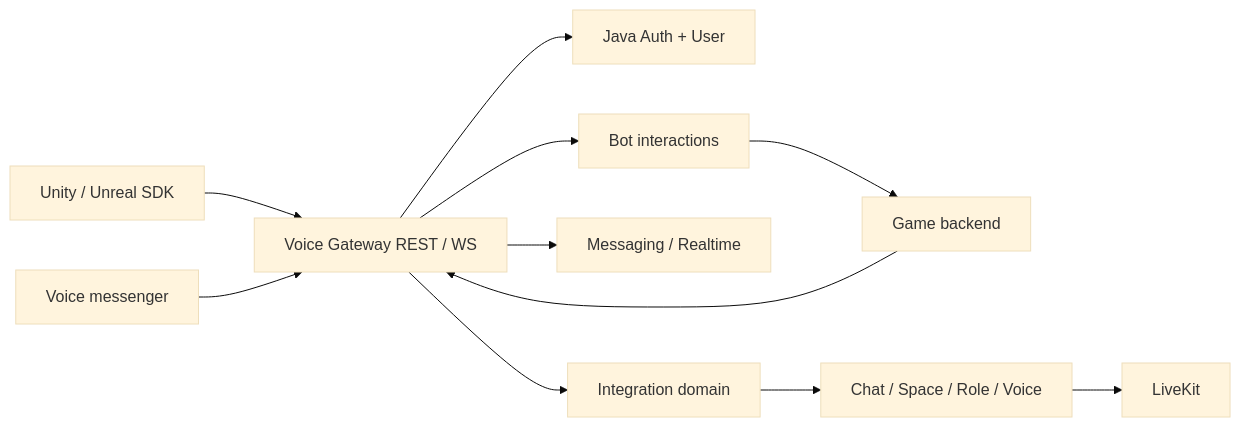
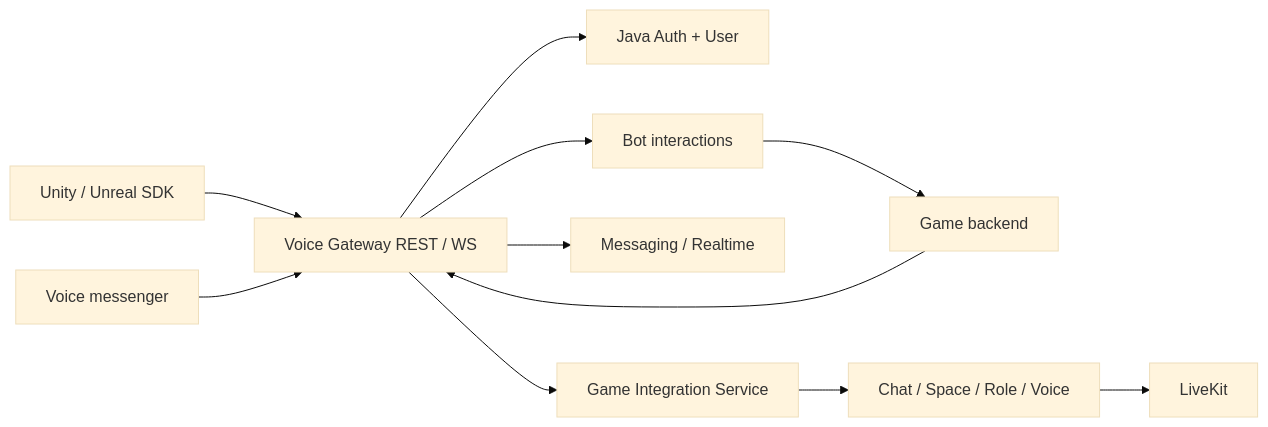
Before and after one commit to Poryadok/VoiceRoot: the diagram in docs/architecture/game-integration-api.md, drawn with Mermaid (base theme). The commit also changed other lines of this file and 1 other file, not shown here.

Commit message:
Record dedicated Game Integration Service decision

````diff
--- a/docs/architecture/game-integration-api.md
+++ b/docs/architecture/game-integration-api.md
@@ -10,13 +10,13 @@
 ```mermaid
 flowchart LR
   Engine[Unity / Unreal SDK] --> Edge[Voice Gateway REST / WS]
   Game[Game backend] --> Edge
   Messenger[Voice messenger] --> Edge
   Edge --> Auth[Java Auth + User]
-  Edge --> Integration[Integration domain]
+  Edge --> Integration[Game Integration Service]
   Integration --> Domains[Chat / Space / Role / Voice]
   Edge --> Messaging[Messaging / Realtime]
   Edge --> Bot[Bot interactions]
   Bot --> Game
   Domains --> Media[LiveKit]
 ```
````
